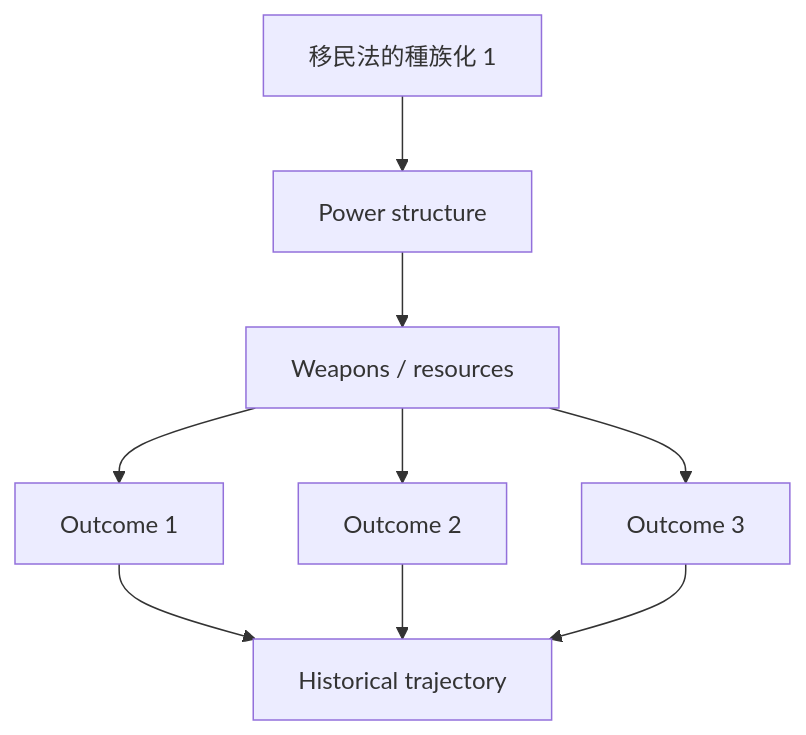
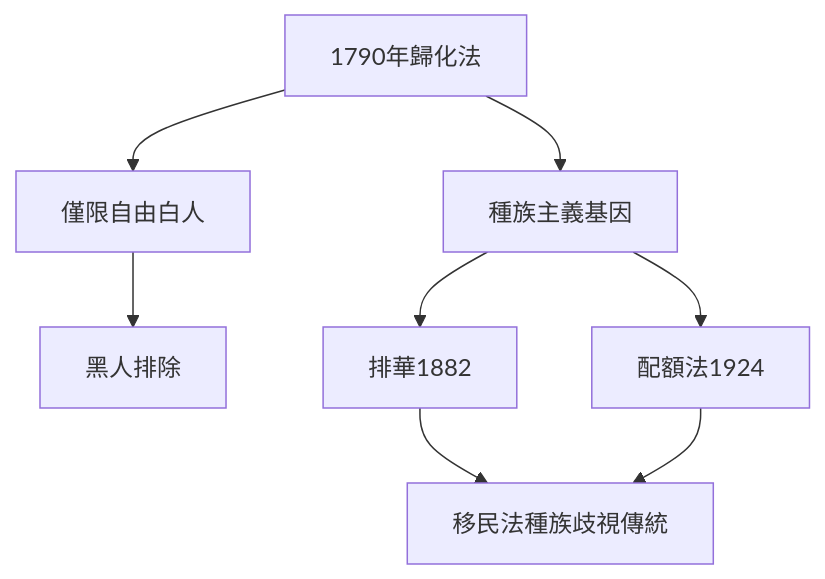
Before and after one commit to yip-lgtm/HKU-Harvard-History-Self-Study: the first of 10 diagrams in 02_Harvard_Courses/Fall_Courses/Hist23_Immigration_Law.md, drawn with Mermaid. The commit also changed other lines of this file and 65 other files, not shown here.

````diff
--- a/02_Harvard_Courses/Fall_Courses/Hist23_Immigration_Law.md
+++ b/02_Harvard_Courses/Fall_Courses/Hist23_Immigration_Law.md
@@ -107,11 +104,10 @@
 ```mermaid
 graph TD
-    A[移民法的種族化 1] --> B[Power structure]
-    B --> C[Weapons / resources]
-    C --> D[Outcome 1]
-    C --> E[Outcome 2]
-    C --> F[Outcome 3]
-    D --> G[Historical trajectory]
-    E --> G
+    A[1790年歸化法] --> B[僅限自由白人]
+    A --> C[種族主義基因]
+    B --> D[黑人排除]
+    C --> E[排華1882]
+    C --> F[配額法1924]
+    E --> G[移民法種族歧視傳統]
     F --> G
 ```
````
